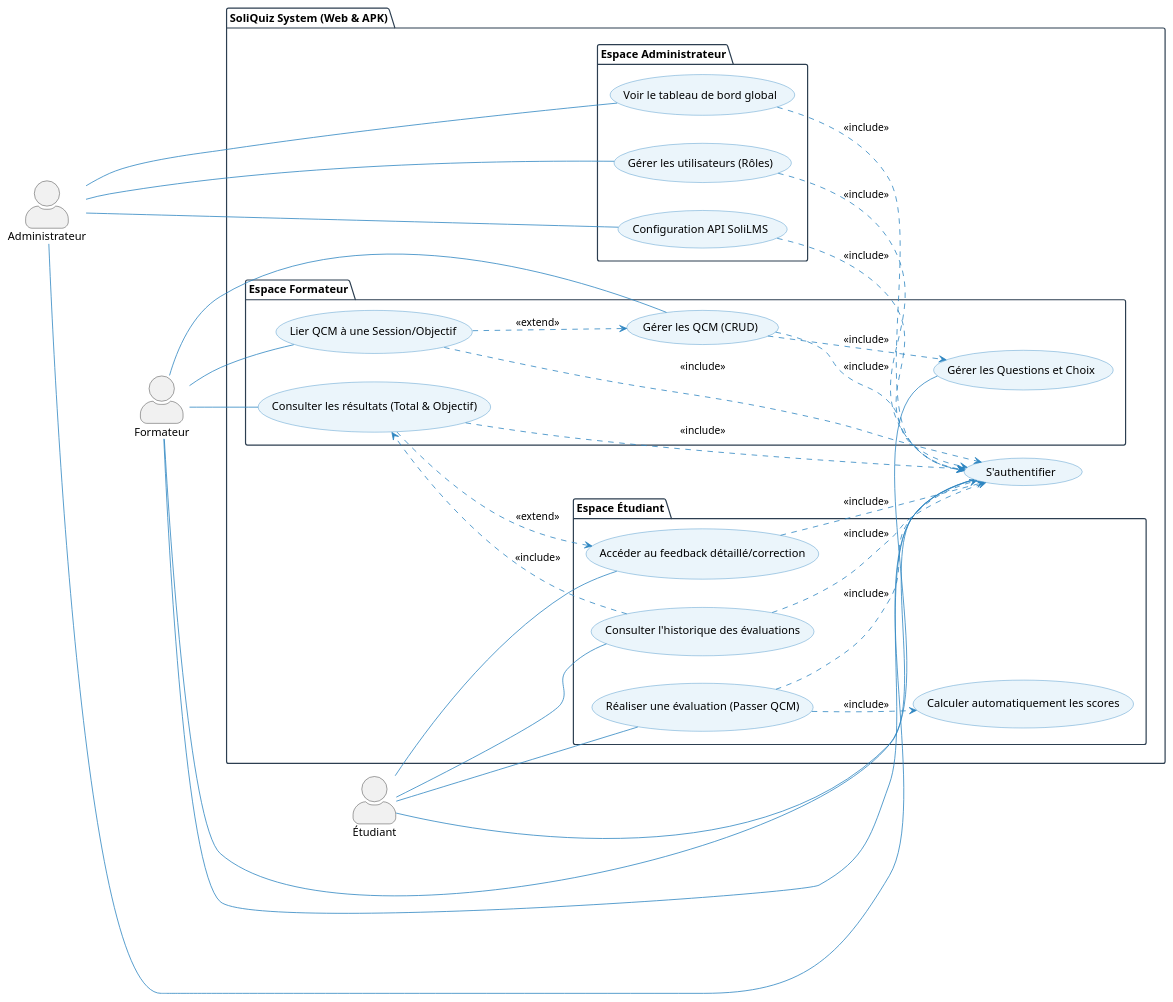
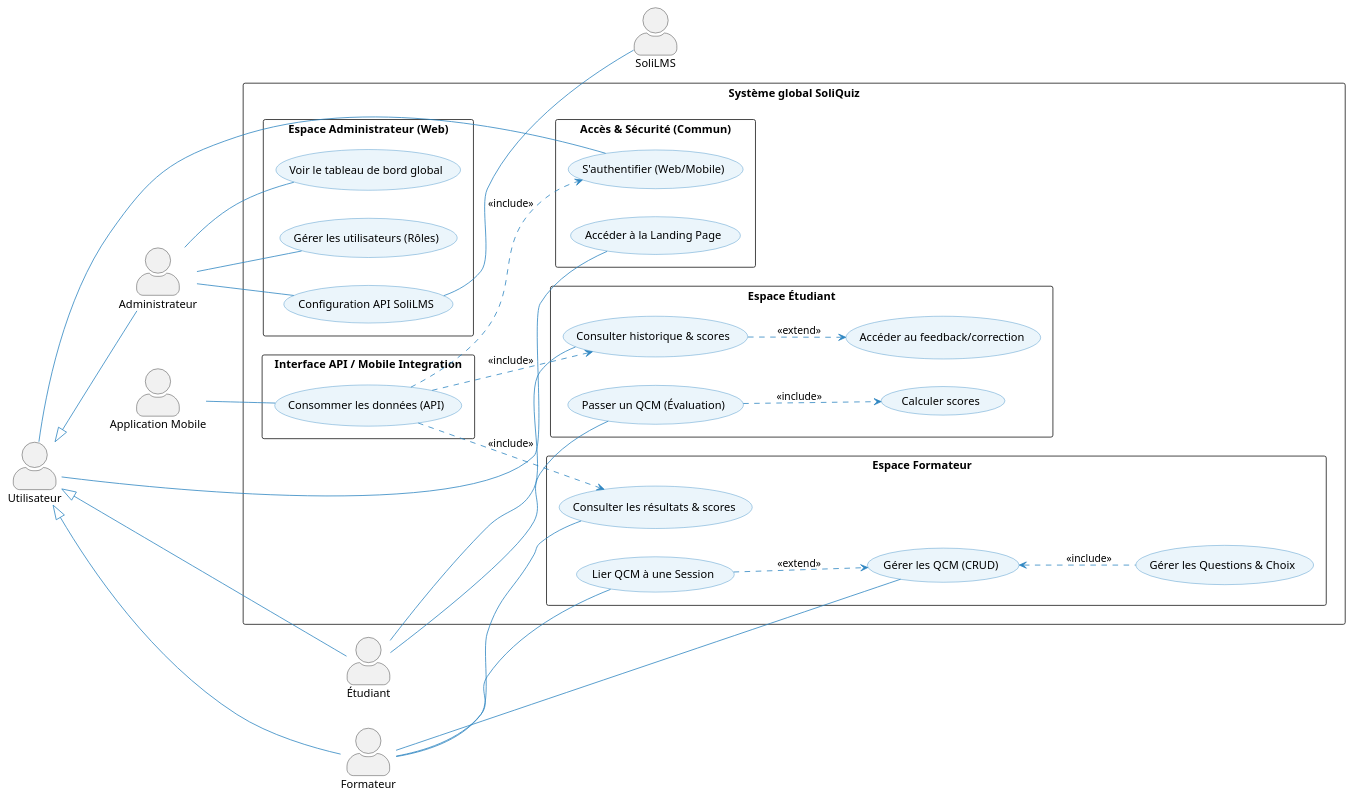
The diagram in Analyse/cas-utilisation/cas-utilisation-global.puml (BENYEKHLEF-Anouar/SoliQuiz), drawn with PlantUML before and after one commit. The commit also changed 83 other files, not shown here.

Commit message:
feat: Add comprehensive project documentation including report sections, analysis diagrams, UI mockups, and presentation assets.

```diff
--- a/Analyse/cas-utilisation/cas-utilisation-global.puml
+++ b/Analyse/cas-utilisation/cas-utilisation-global.puml
@@ -1,113 +1,92 @@
 @startuml
 skinparam actorStyle awesome
 left to right direction
+skinparam packageStyle rectangle
 
-skinparam package {
-    BackgroundColor White
-    BorderColor #2C3E50
-}
 skinparam usecase {
     BackgroundColor #EBF5FB
     BorderColor #2E86C1
     ArrowColor #2E86C1
 }
 
 ' ==============================
-' ACTORS (VERTICAL ALIGNMENT)
+' ACTORS HIERARCHY
 ' ==============================
-
+actor "Utilisateur" as U
 actor "Administrateur" as A
 actor "Formateur" as F
 actor "Étudiant" as E
 
-A -[hidden]down- F
-F -[hidden]down- E
+' Systems as Actors
+actor "Application Mobile" as M
+actor "SoliLMS" as LMS
 
+' Inheritance
+U <|-- A
+U <|-- F
+U <|-- E
 
 ' ==============================
-' SYSTEM
+' SYSTEM: SOLIQUIZ ECOSYSTEM
 ' ==============================
+package "Système global SoliQuiz" {
 
-package "SoliQuiz System (Web & APK)" {
-
-    ' --- AUTHENTICATION (COMMON) ---
-    usecase "S'authentifier" as UC_LOGIN
-
-    ' ==============================
-    ' ESPACE ADMINISTRATEUR
-    ' ==============================
-    package "Espace Administrateur" {
-        usecase "Voir le tableau de bord global" as UC10
-        usecase "Gérer les utilisateurs (Rôles)" as UC9
-        usecase "Configuration API SoliLMS" as UC11
+    package "Accès & Sécurité (Commun)" {
+        usecase "S'authentifier (Web/Mobile)" as UC_LOGIN
+        usecase "Accéder à la Landing Page" as UC_PUBLIC
+        U -- UC_LOGIN
+        U -- UC_PUBLIC
     }
 
-    ' ==============================
-    ' ESPACE FORMATEUR
-    ' ==============================
-    package "Espace Formateur" {
-        usecase "Gérer les QCM (CRUD)" as UC1
-        usecase "Gérer les Questions et Choix" as UC2
-        usecase "Lier QCM à une Session/Objectif" as UC3
-        usecase "Consulter les résultats (Total & Objectif)" as UC5
+    package "Espace Administrateur (Web)" {
+        usecase "Voir le tableau de bord global" as UC_DASH
+        usecase "Gérer les utilisateurs (Rôles)" as UC_ROLES
+        usecase "Configuration API SoliLMS" as UC_CONF
+        
+        A -- UC_DASH
+        A -- UC_ROLES
+        A -- UC_CONF
+        UC_CONF -- LMS
     }
 
-    ' ==============================
-    ' ESPACE ÉTUDIANT
-    ' ==============================
-    package "Espace Étudiant" {
-        usecase "Réaliser une évaluation (Passer QCM)" as UC4
-        usecase "Calculer automatiquement les scores" as UC6
-        usecase "Consulter l'historique des évaluations" as UC7
-        usecase "Accéder au feedback détaillé/correction" as UC8
+    package "Espace Formateur          " {
+        usecase "Gérer les QCM (CRUD)" as UC_CRUD
+        usecase "Gérer les Questions & Choix" as UC_QUEST
+        usecase "Lier QCM à une Session" as UC_LINK
+        usecase "Consulter les résultats & scores" as UC_RES
+        
+        F -- UC_CRUD
+        F -- UC_LINK
+        F -- UC_RES
+        
+        UC_CRUD <.. UC_QUEST : <<include>>
+        UC_LINK ..> UC_CRUD : <<extend>>
+    }
+
+    package "Espace Étudiant       " {
+        usecase "Passer un QCM (Évaluation)" as UC_PLAY
+        usecase "Calculer scores" as UC_CALC
+        usecase "Consulter historique & scores" as UC_HIST
+        usecase "Accéder au feedback/correction" as UC_FEED
+        
+        E -- UC_PLAY
+        E -- UC_HIST
+        
+        UC_PLAY ..> UC_CALC : <<include>>
+        UC_HIST ..> UC_FEED : <<extend>>
+    }
+
+    package "Interface API / Mobile Integration" {
+        usecase "Consommer les données (API)" as UC_API
+        
+        ' Mobile app interacts with the system via API
+        M -- UC_API
+        
+        ' Highlighting what Mobile actually accesses
+        UC_API ..> UC_RES : <<include>>
+        UC_API ..> UC_HIST : <<include>>
+        UC_API ..> UC_LOGIN : <<include>>
     }
 }
 
-' ==============================
-' ACTOR ASSOCIATIONS
-' ==============================
-
-A -- UC_LOGIN
-F -- UC_LOGIN
-E -- UC_LOGIN
-
-A -- UC9
-A -- UC10
-A -- UC11
-
-F -- UC1
-F -- UC2
-F -- UC3
-F -- UC5
-
-E -- UC4
-E -- UC7
-E -- UC8
-
-
-' ==============================
-' SECURITY (INCLUDE LOGIN)
-' ==============================
-
-UC9 ..> UC_LOGIN : <<include>>
-UC10 ..> UC_LOGIN : <<include>>
-UC11 ..> UC_LOGIN : <<include>>
-UC1 ..> UC_LOGIN : <<include>>
-UC3 ..> UC_LOGIN : <<include>>
-UC5 ..> UC_LOGIN : <<include>>
-UC4 ..> UC_LOGIN : <<include>>
-UC7 ..> UC_LOGIN : <<include>>
-UC8 ..> UC_LOGIN : <<include>>
-
-
-' ==============================
-' BUSINESS LOGIC RELATIONS
-' ==============================
-
-UC1 ..> UC2 : <<include>>
-UC3 ..> UC1 : <<extend>>
-UC4 ..> UC6 : <<include>>
-UC5 ..> UC8 : <<extend>>
-UC7 ..> UC5 : <<include>>
-
 @enduml
```
